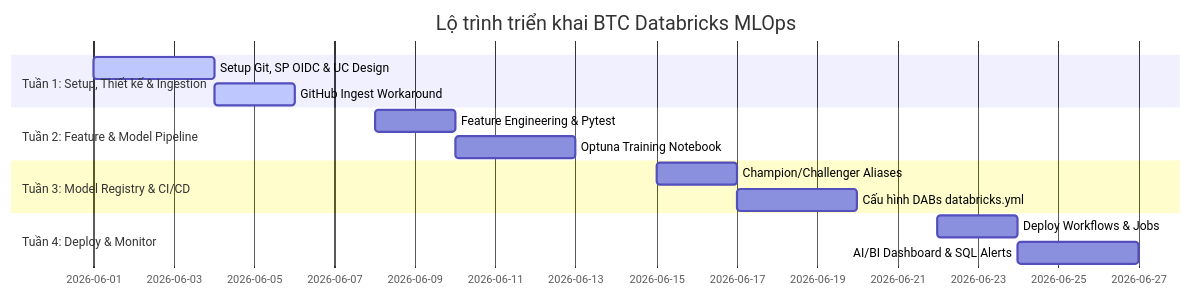
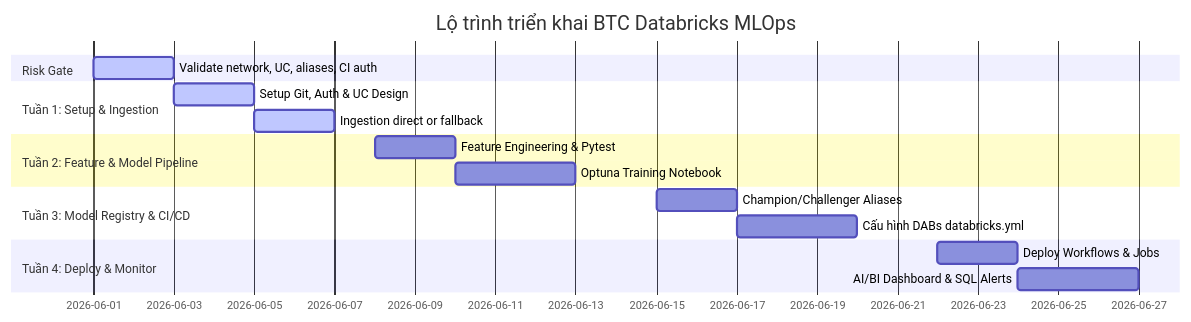
One commit to dunglk85/btc_mle_dbr changed the diagram in _bmad-output/planning-artifacts/research/technical-review-btc-databricks-mlops-implementation-plan-research-2026-05-29.md. Above: the diagram before and after it, drawn with Mermaid. The commit also changed other lines of this file and 3 other files, not shown here.

````diff
--- a/_bmad-output/planning-artifacts/research/technical-review-btc-databricks-mlops-implementation-plan-research-2026-05-29.md
+++ b/_bmad-output/planning-artifacts/research/technical-review-btc-databricks-mlops-implementation-plan-research-2026-05-29.md
@@ -52,17 +95,19 @@
 ```mermaid
 gantt
     title Lộ trình triển khai BTC Databricks MLOps
     dateFormat  YYYY-MM-DD
-    section Tuần 1: Setup, Thiết kế & Ingestion
-    Setup Git, SP OIDC & UC Design   :active, 2026-06-01, 3d
-    GitHub Ingest Workaround        :active, 2026-06-04, 2d
+    section Risk Gate
+    Validate network, UC, aliases, CI auth :active, 2026-06-01, 2d
+    section Tuần 1: Setup & Ingestion
+    Setup Git, Auth & UC Design      :active, 2026-06-03, 2d
+    Ingestion direct or fallback     :active, 2026-06-05, 2d
     section Tuần 2: Feature & Model Pipeline
     Feature Engineering & Pytest    : 2026-06-08, 2d
     Optuna Training Notebook        : 2026-06-10, 3d
     section Tuần 3: Model Registry & CI/CD
     Champion/Challenger Aliases     : 2026-06-15, 2d
     Cấu hình DABs databricks.yml    : 2026-06-17, 3d
     section Tuần 4: Deploy & Monitor
     Deploy Workflows & Jobs         : 2026-06-22, 2d
     AI/BI Dashboard & SQL Alerts    : 2026-06-24, 3d
 ```
````
